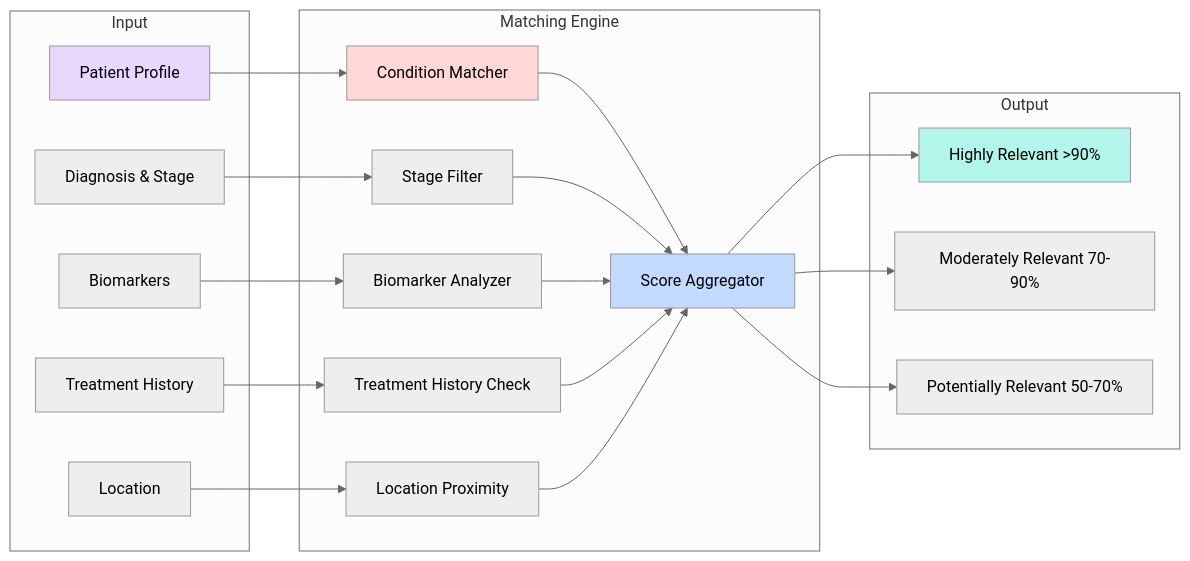
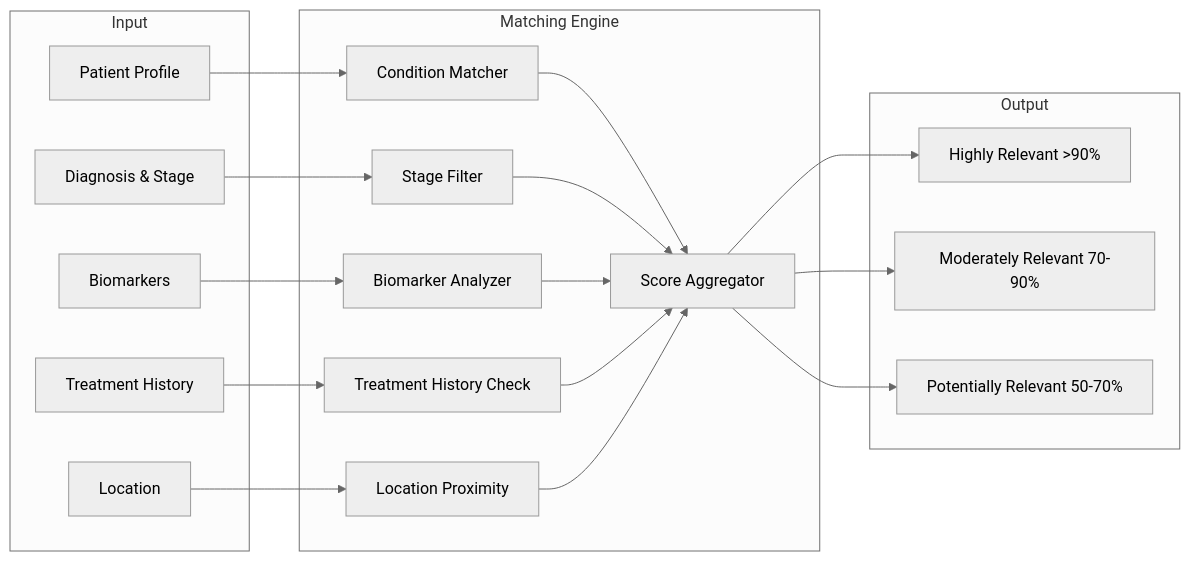
The seventh of 14 diagrams in ARCHITECTURE.md (genewang/Ayuma), drawn with Mermaid (neutral theme) before and after one commit. The commit also changed other lines of this file and 2 other files, not shown here.

First line of the commit message:
docs: standardize Mermaid diagram styling across documentation

````diff
--- a/ARCHITECTURE.md
+++ b/ARCHITECTURE.md
@@ -420,46 +405,42 @@
 ```mermaid
 flowchart LR
     subgraph Input
         A[Patient Profile]
         B[Diagnosis & Stage]
         C[Biomarkers]
         D[Treatment History]
         E[Location]
     end
 
     subgraph Matching Engine
         F[Condition Matcher]
         G[Stage Filter]
         H[Biomarker Analyzer]
         I[Treatment History Check]
         J[Location Proximity]
         K[Score Aggregator]
     end
 
     subgraph Output
         L[Highly Relevant >90%]
         M[Moderately Relevant 70-90%]
         N[Potentially Relevant 50-70%]
     end
 
     A --> F
     B --> G
     C --> H
     D --> I
     E --> J
 
     F --> K
     G --> K
     H --> K
     I --> K
     J --> K
 
     K --> L
     K --> M
     K --> N
 
-    style A fill:#e9d8fd
-    style F fill:#fed7d7
-    style K fill:#c3dafe
-    style L fill:#b2f5ea
 ```
````
